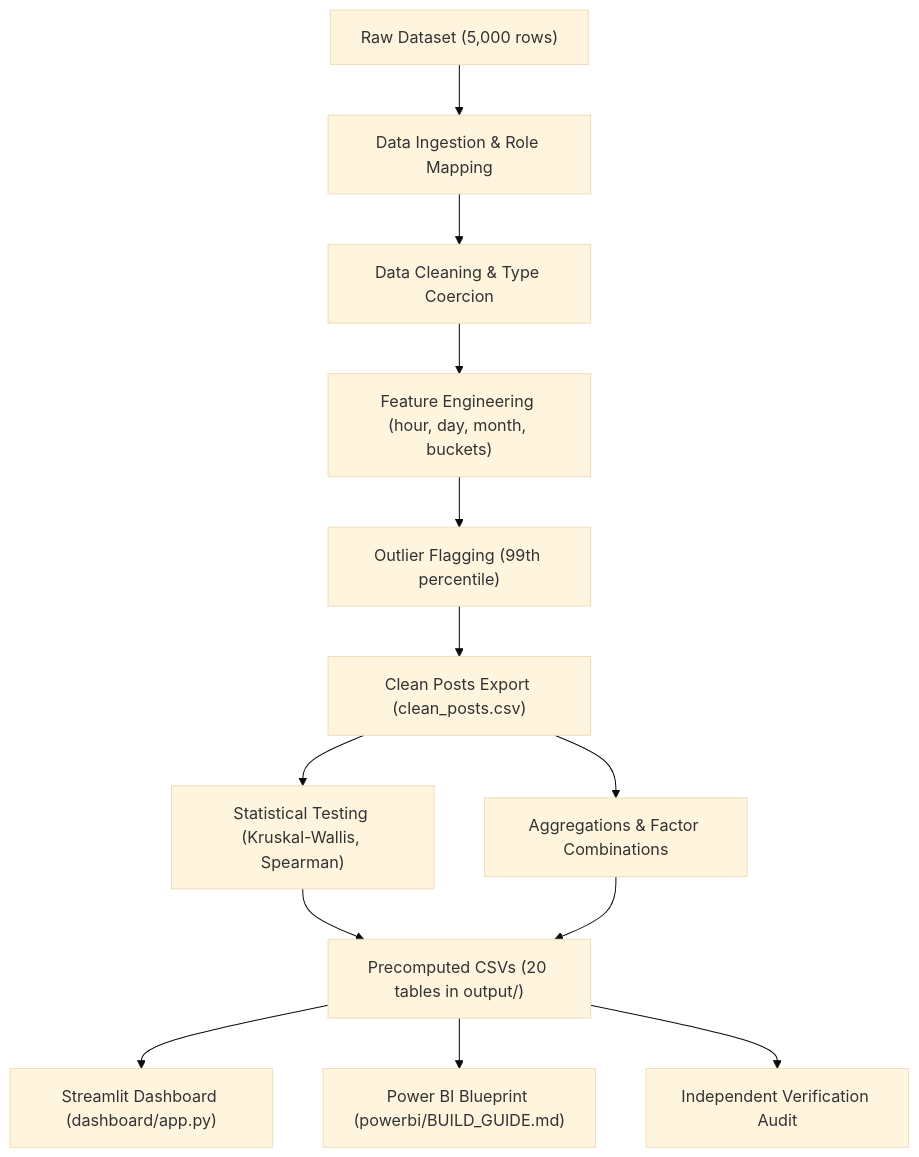
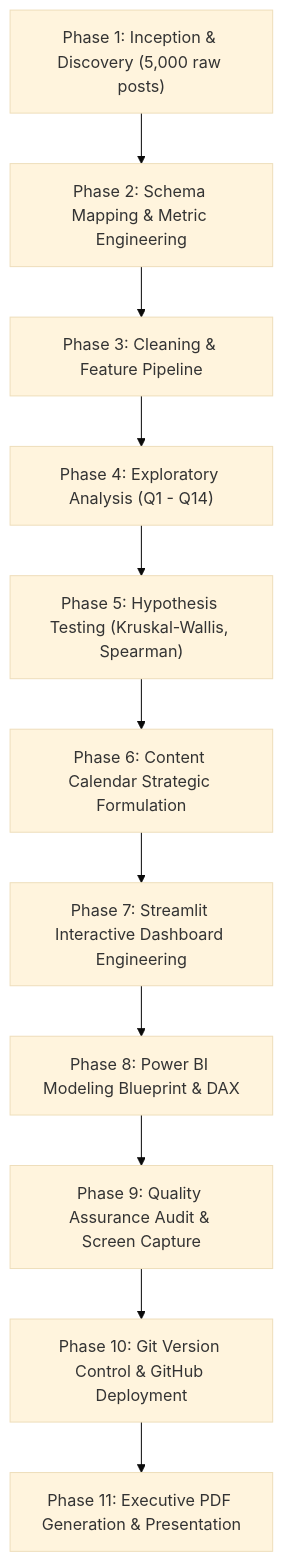
The diagram in PROJECT_REPORT.md (aarishsuradkar/Social-Media-Performance-Analysis), drawn with Mermaid (base theme) before and after one commit. The commit also changed other lines of this file and 1 other file, not shown here.

Commit message:
Add comprehensive end-to-end Project Journey report in Markdown and PDF format

````diff
--- a/PROJECT_REPORT.md
+++ b/PROJECT_REPORT.md
@@ -87,15 +16,13 @@
 ```mermaid
 flowchart TD
-    A["Raw Dataset (5,000 rows)"] --> B["Data Ingestion & Role Mapping"]
-    B --> C["Data Cleaning & Type Coercion"]
-    C --> D["Feature Engineering (hour, day, month, buckets)"]
-    D --> E["Outlier Flagging (99th percentile)"]
-    E --> F["Clean Posts Export (clean_posts.csv)"]
-    F --> G["Statistical Testing (Kruskal-Wallis, Spearman)"]
-    F --> H["Aggregations & Factor Combinations"]
-    G --> I["Precomputed CSVs (20 tables in output/)"]
-    H --> I
-    I --> J["Streamlit Dashboard (dashboard/app.py)"]
-    I --> K["Power BI Blueprint (powerbi/BUILD_GUIDE.md)"]
-    I --> L["Independent Verification Audit"]
+    P1["Phase 1: Inception & Discovery (5,000 raw posts)"] --> P2["Phase 2: Schema Mapping & Metric Engineering"]
+    P2 --> P3["Phase 3: Cleaning & Feature Pipeline"]
+    P3 --> P4["Phase 4: Exploratory Analysis (Q1 - Q14)"]
+    P4 --> P5["Phase 5: Hypothesis Testing (Kruskal-Wallis, Spearman)"]
+    P5 --> P6["Phase 6: Content Calendar Strategic Formulation"]
+    P6 --> P7["Phase 7: Streamlit Interactive Dashboard Engineering"]
+    P7 --> P8["Phase 8: Power BI Modeling Blueprint & DAX"]
+    P8 --> P9["Phase 9: Quality Assurance Audit & Screen Capture"]
+    P9 --> P10["Phase 10: Git Version Control & GitHub Deployment"]
+    P10 --> P11["Phase 11: Executive PDF Generation & Presentation"]
 ```
````
